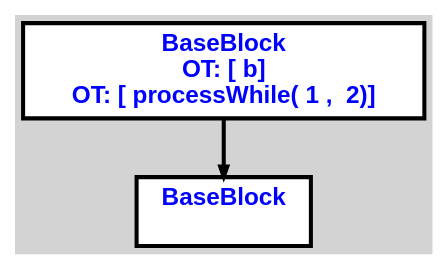
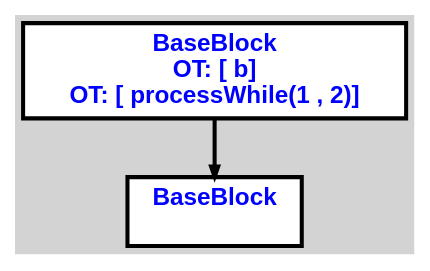
The diagram in cpoCompilerWin/input2.txt.c.dot (aveen007/CountingMonkeys), drawn with Graphviz before and after one commit. The commit also changed 22 other files, not shown here.

```diff
--- a/cpoCompilerWin/input2.txt.c.dot
+++ b/cpoCompilerWin/input2.txt.c.dot
@@ -1,12 +1,12 @@
 digraph G {
 ordering=out;
 ranksep=.4;
 bgcolor="lightgrey";  node [shape=box, fixedsize=false, fontsize=12, fontname="Helvetica-bold", fontcolor="blue"
 width=.25, height=.25, color="black", fillcolor="white", style="filled, solid, bold"];
 
-edge [arrowsize=.5, color="black", style="bold"]    n000011A150D25360 [label="BaseBlock\n OT: [ b]
-OT: [ processWhile( 1 ,  2)]
+edge [arrowsize=.5, color="black", style="bold"]    n000011A443424A00 [label="BaseBlock\n OT: [ b]
+OT: [ processWhile(1 , 2)]
 "]
-    n000011A150D253C0 [label="BaseBlock\n "]
-    n000011A150D25360 -> n000011A150D253C0
+    n000011A443424A60 [label="BaseBlock\n "]
+    n000011A443424A00 -> n000011A443424A60
 }
```
